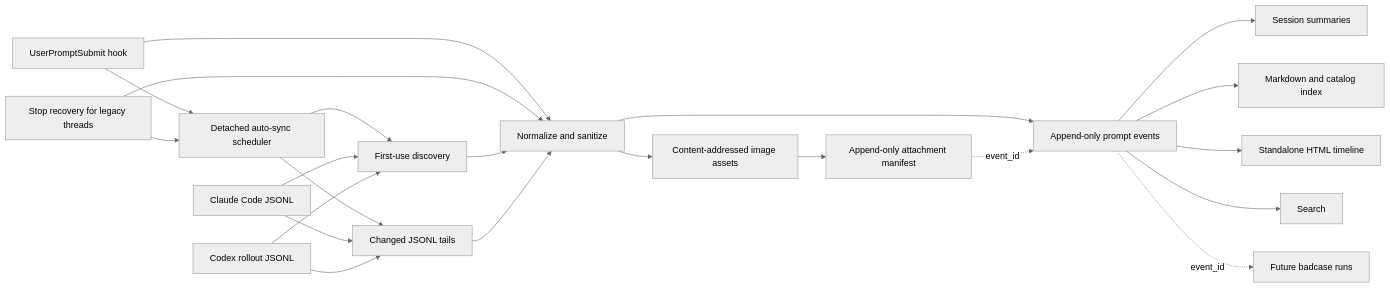
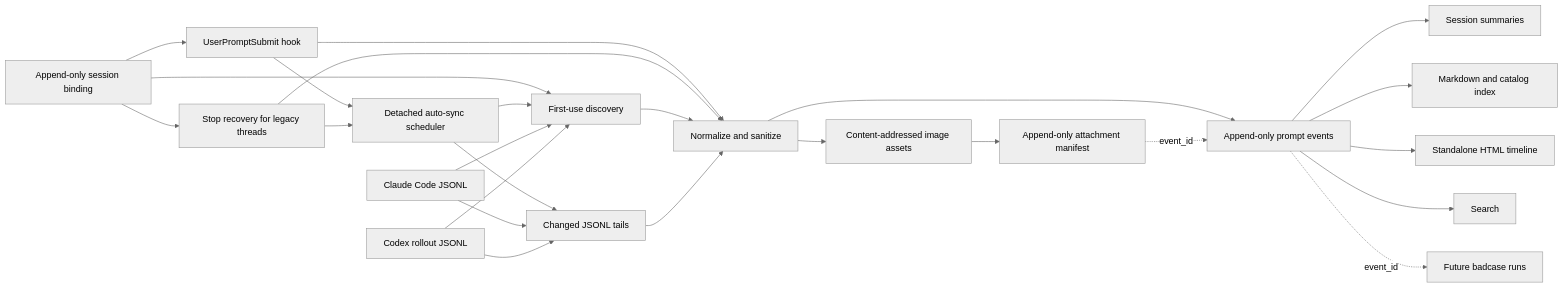
The diagram in references/architecture.md (24kchengYe/prompt-harness), drawn with Mermaid (neutral theme) before and after one commit. The commit also changed other lines of this file and 9 other files, not shown here.

````diff
--- a/references/architecture.md
+++ b/references/architecture.md
@@ -3,24 +3,27 @@
 ```mermaid
 flowchart LR
   H["UserPromptSubmit hook"] --> N["Normalize and sanitize"]
   T["Stop recovery for legacy threads"] --> N
+  P["Append-only session binding"] --> H
+  P --> T
+  P --> B
   H --> D["Detached auto-sync scheduler"]
   T --> D
   D --> B["First-use discovery"]
   D --> J["Changed JSONL tails"]
   C["Claude Code JSONL"] --> B
   X["Codex rollout JSONL"] --> B
   C --> J
   X --> J
   B --> N
   J --> N
   N --> E["Append-only prompt events"]
   N --> A["Content-addressed image assets"]
   A --> L["Append-only attachment manifest"]
   L -. event_id .-> E
   E --> S["Session summaries"]
   E --> I["Markdown and catalog index"]
   E --> V["Standalone HTML timeline"]
   E --> Q["Search"]
   E -. event_id .-> R["Future badcase runs"]
 ```
````
